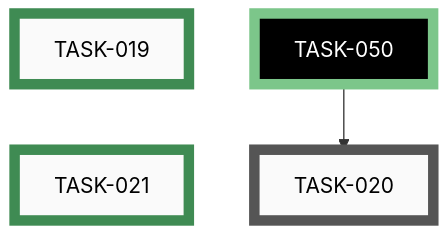
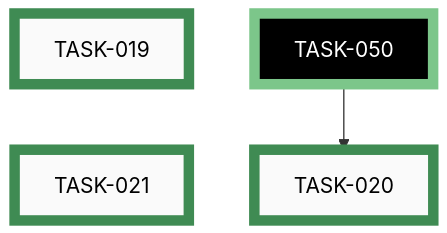
Before and after one commit to tgd1975/PartsLedger: the third of 9 diagrams in docs/developers/tasks/EPICS.md, drawn with Mermaid. The commit also changed other lines of this file and 8 other files, not shown here.

First line of the commit message:
skill: auto-trigger enrich + page-gen on new inventory-add row (TASK-020)

````diff
--- a/docs/developers/tasks/EPICS.md
+++ b/docs/developers/tasks/EPICS.md
@@ -149,21 +149,21 @@
 ```mermaid
 graph TD
-    TASK_020["TASK-020"]:::open
     TASK_019["TASK-019"]:::closed
+    TASK_020["TASK-020"]:::closed
     TASK_021["TASK-021"]:::closed
     TASK_050["TASK-050"]:::closedExt
     TASK_050 --> TASK_020
     TASK_019 ~~~ TASK_021
-    click TASK_020 "open/task-020-page-gen-auto-trigger.md"
     click TASK_019 "closed/task-019-hedge-language-lint.md"
+    click TASK_020 "closed/task-020-page-gen-auto-trigger.md"
     click TASK_021 "closed/task-021-family-page-proactive-suggestion.md"
     click TASK_050 "closed/task-050-skill-sync-chain.md"
     classDef open    fill:#FAFAFA,stroke:#555,stroke-width:8px,color:#000
     classDef active  fill:#FAFAFA,stroke:#1A6FA8,stroke-width:8px,color:#000
     classDef closed  fill:#FAFAFA,stroke:#3F8B53,stroke-width:8px,color:#000
     classDef paused  fill:#FAFAFA,stroke:#B07810,stroke-width:8px,color:#000
     classDef openExt    fill:#000,stroke:#888,stroke-width:8px,color:#FFF
     classDef activeExt  fill:#000,stroke:#3FA9F5,stroke-width:8px,color:#FFF
     classDef closedExt  fill:#000,stroke:#7CC68A,stroke-width:8px,color:#FFF
     classDef pausedExt  fill:#000,stroke:#F0B030,stroke-width:8px,color:#FFF
 ```
````
